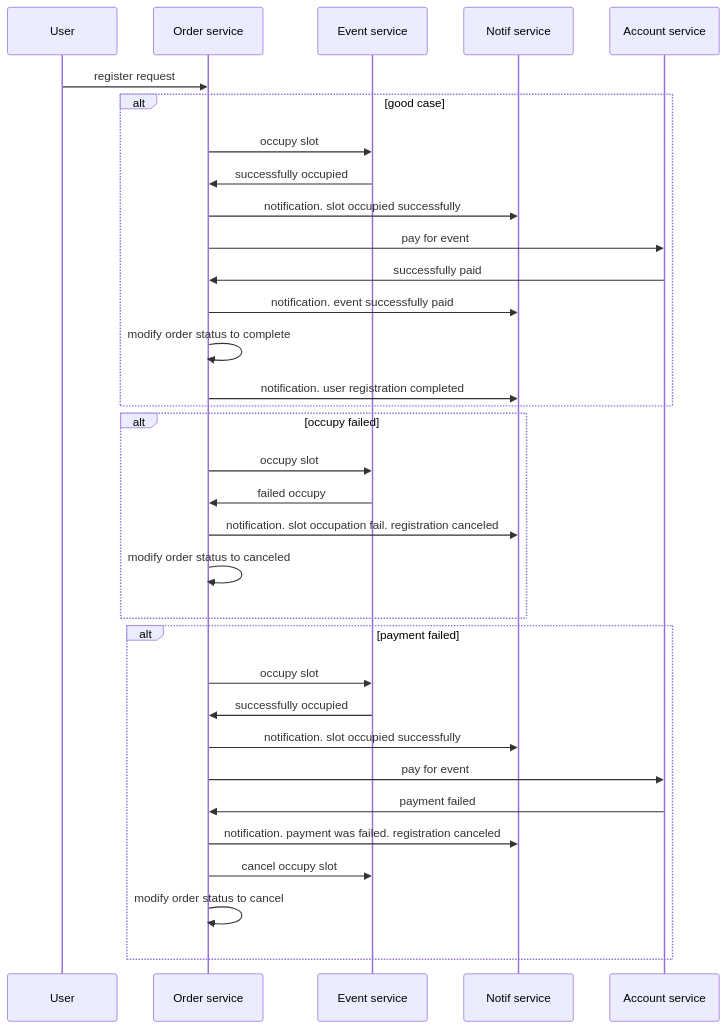
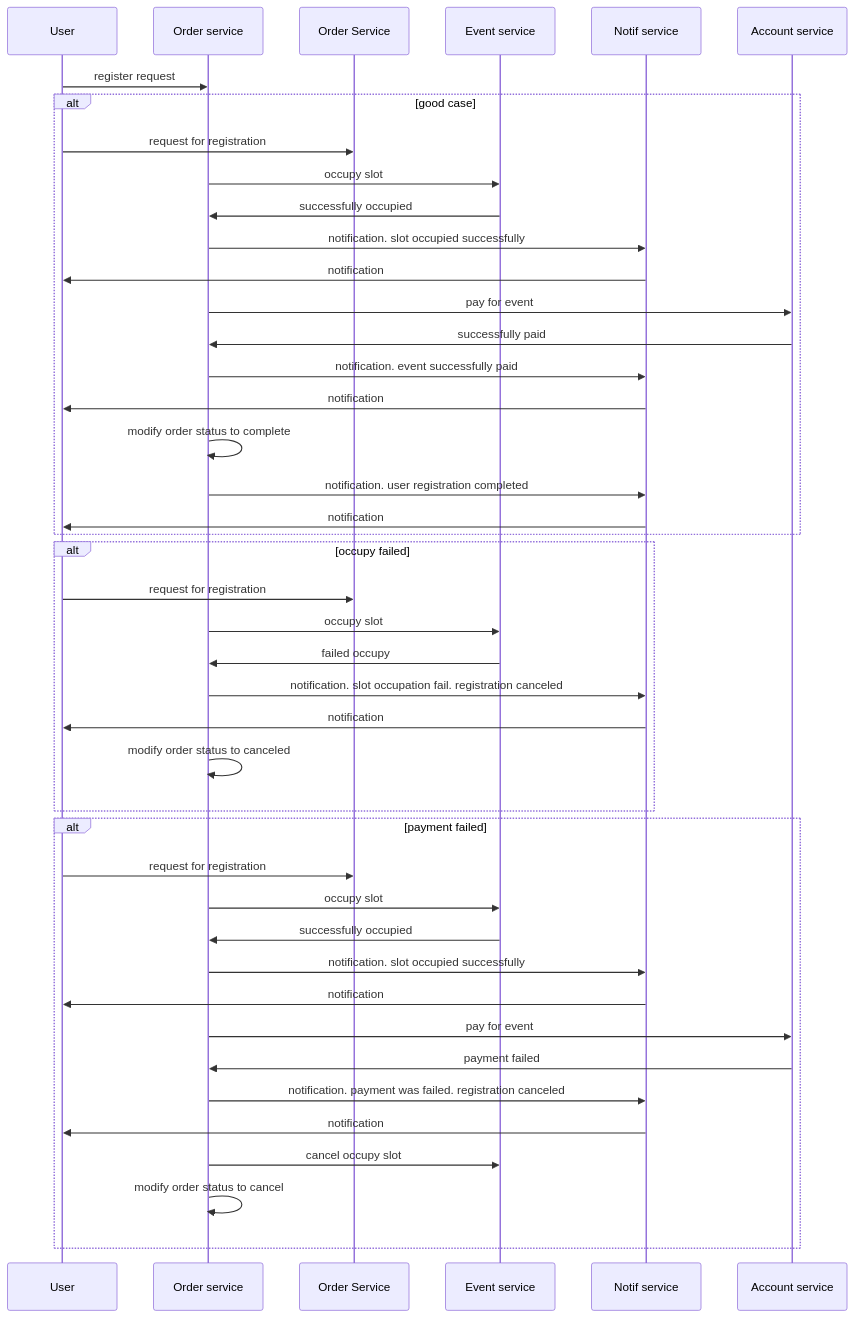
One commit to xost/otus-proj changed the diagram in README.md. Above: the diagram before and after it, drawn with Mermaid.

````diff
--- a/README.md
+++ b/README.md
@@ -133,31 +133,40 @@
 ```mermaid
 %% регистрация на мероприятие
     sequenceDiagram
         User ->> Order service: register request
         alt good case
+        User ->> Order Service: request for registration
         Order service ->> Event service: occupy slot
         Event service ->> Order service: successfully occupied
         Order service ->> Notif service: notification. slot occupied successfully
+        Notif service ->> User: notification
         Order service ->> Account service: pay for event
         Account service ->> Order service: successfully paid
         Order service ->> Notif service: notification. event successfully paid
+        Notif service ->> User: notification
         Order service ->> Order service: modify order status to complete
         Order service ->> Notif service: notification. user registration completed
+        Notif service ->> User: notification
         end
         alt occupy failed
+        User ->> Order Service: request for registration
         Order service ->> Event service: occupy slot
         Event service ->> Order service: failed occupy
         Order service ->> Notif service: notification. slot occupation fail. registration canceled
+        Notif service ->> User: notification
         Order service ->> Order service: modify order status to canceled
         end
         alt payment failed
+        User ->> Order Service: request for registration
         Order service ->> Event service: occupy slot
         Event service ->> Order service: successfully occupied
         Order service ->> Notif service: notification. slot occupied successfully
+        Notif service ->> User: notification
         Order service ->> Account service: pay for event
         Account service ->> Order service: payment failed
         Order service ->> Notif service: notification. payment was failed. registration canceled
+        Notif service ->> User: notification
         Order service ->> Event service: cancel occupy slot
         Order service ->> Order service: modify order status to cancel
         end
 ```
````
